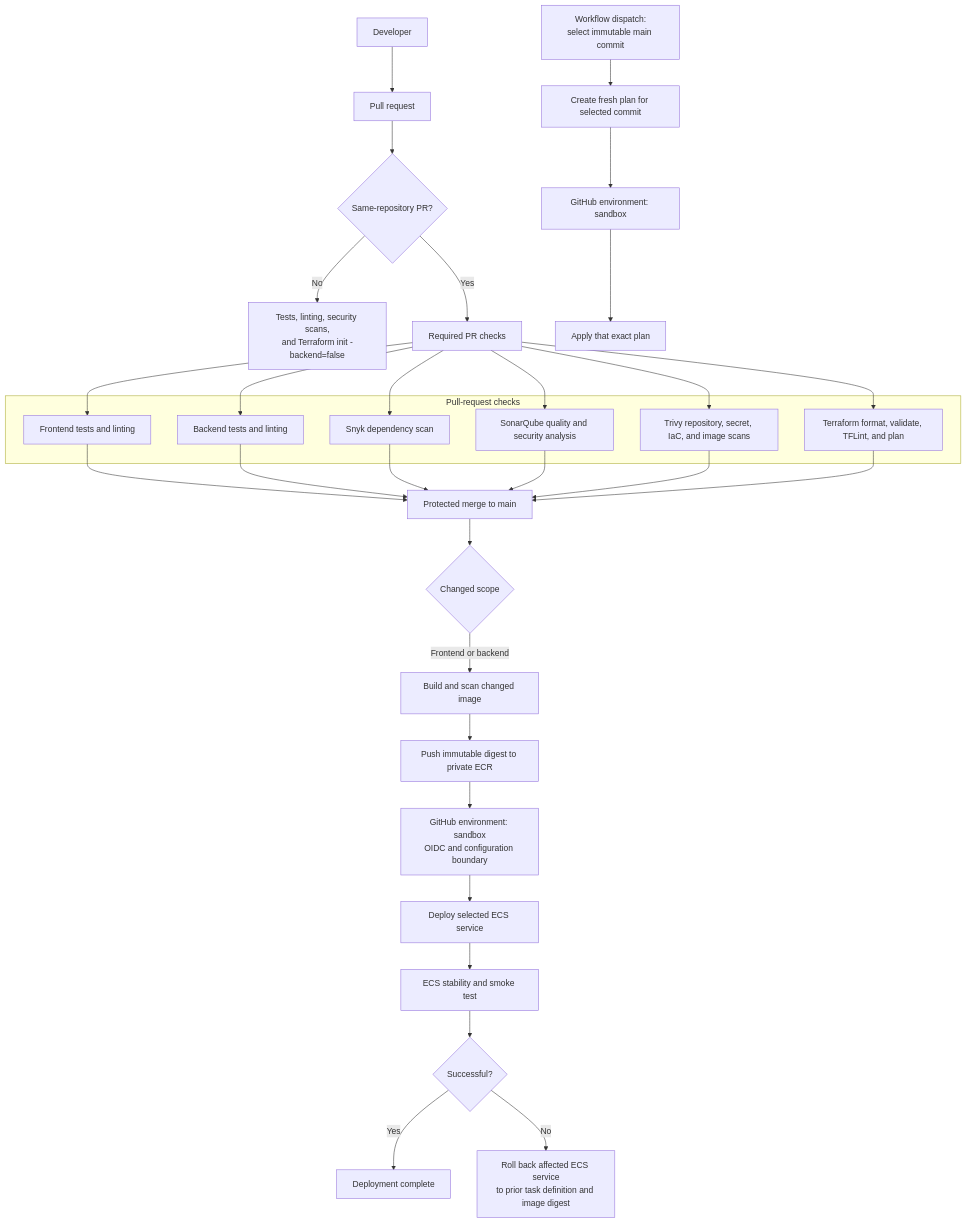
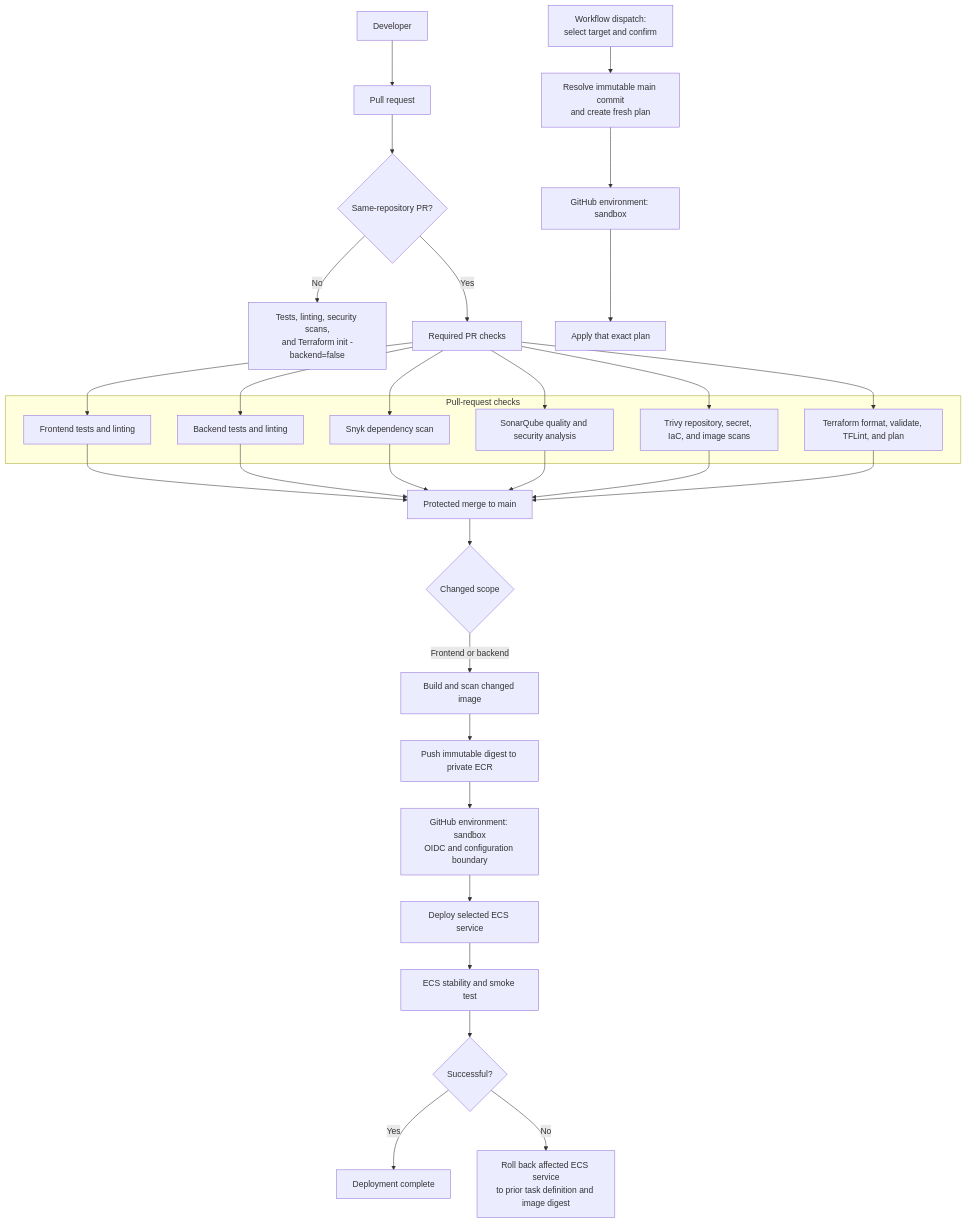
Before and after one commit to afaryy/happy-post: the diagram in docs/diagrams/cicd.mmd, drawn with Mermaid. The commit also changed 20 other files, not shown here.

```diff
--- a/docs/diagrams/cicd.mmd
+++ b/docs/diagrams/cicd.mmd
@@ -1,41 +1,41 @@
 flowchart TB
     developer[Developer] --> pr[Pull request]
     pr --> same_repo{Same-repository PR?}
     same_repo -->|No| fork_validation[Tests, linting, security scans,<br/>and Terraform init -backend=false]
     same_repo -->|Yes| checks_start[Required PR checks]
 
     subgraph pull_request_checks[Pull-request checks]
         frontend_ci[Frontend tests and linting]
         backend_ci[Backend tests and linting]
         snyk[Snyk dependency scan]
         sonar[SonarQube quality and security analysis]
         trivy[Trivy repository, secret, IaC, and image scans]
         terraform_checks[Terraform format, validate, TFLint, and plan]
     end
 
     checks_start --> frontend_ci
     checks_start --> backend_ci
     checks_start --> snyk
     checks_start --> sonar
     checks_start --> trivy
     checks_start --> terraform_checks
     frontend_ci --> merge[Protected merge to main]
     backend_ci --> merge
     snyk --> merge
     sonar --> merge
     trivy --> merge
     terraform_checks --> merge
 
     merge --> change{Changed scope}
     change -->|Frontend or backend| build[Build and scan changed image]
     build --> ecr[Push immutable digest to private ECR]
     ecr --> sandbox[GitHub environment: sandbox<br/>OIDC and configuration boundary]
     sandbox --> action[Deploy selected ECS service]
     action --> verification[ECS stability and smoke test]
     verification --> result{Successful?}
     result -->|Yes| complete[Deployment complete]
     result -->|No| rollback[Roll back affected ECS service<br/>to prior task definition and image digest]
 
-    manual_apply[Workflow dispatch:<br/>select immutable main commit] --> fresh_plan[Create fresh plan for selected commit]
+    manual_apply[Workflow dispatch:<br/>select target and confirm] --> fresh_plan[Resolve immutable main commit<br/>and create fresh plan]
     fresh_plan --> terraform_sandbox[GitHub environment: sandbox]
     terraform_sandbox --> apply[Apply that exact plan]
```
